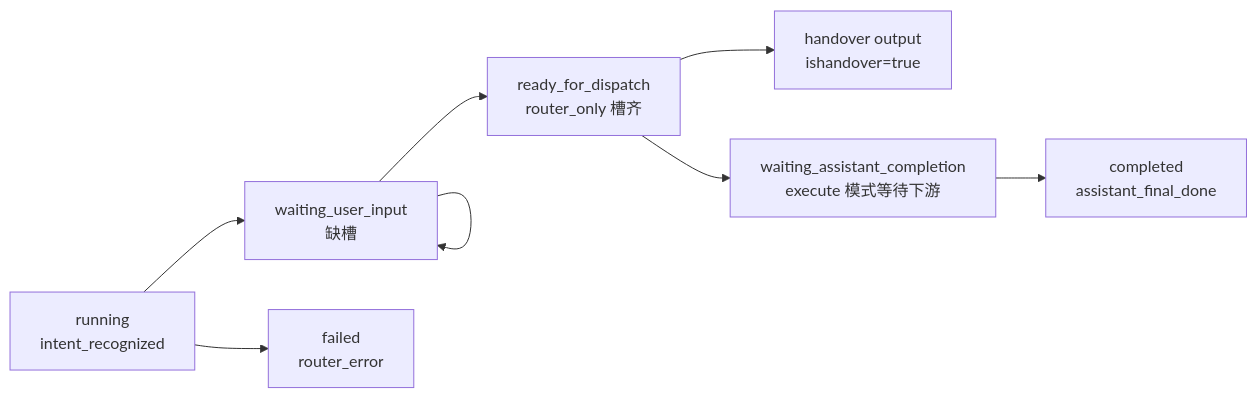
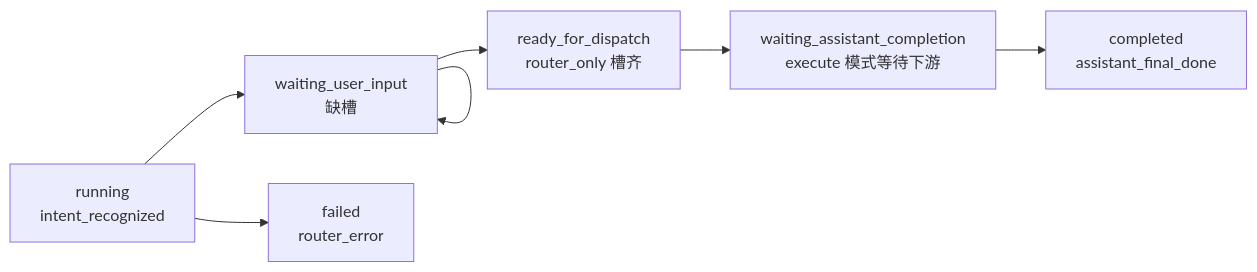
Before and after one commit to GiorgioPeng/intent_router_harness: the sixth of 6 diagrams in docs/core-functional-design.md, drawn with Mermaid. The commit also changed other lines of this file and 20 other files, not shown here.

````diff
--- a/docs/core-functional-design.md
+++ b/docs/core-functional-design.md
@@ -293,10 +290,9 @@
 ```mermaid
 flowchart LR
     running["running\nintent_recognized"] --> waiting["waiting_user_input\n缺槽"]
     waiting --> waiting
     waiting --> ready["ready_for_dispatch\nrouter_only 槽齐"]
-    ready --> handover["handover output\nishandover=true"]
     running --> failed["failed\nrouter_error"]
     ready --> waitAgent["waiting_assistant_completion\nexecute 模式等待下游"]
     waitAgent --> completed["completed\nassistant_final_done"]
 ```
````
